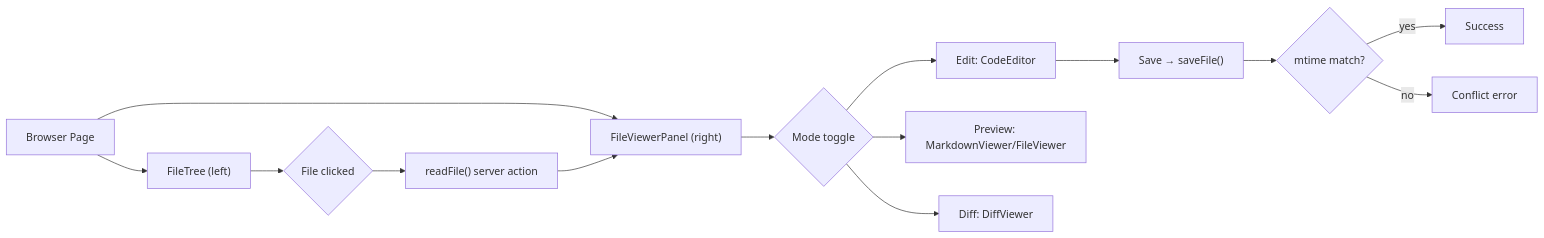
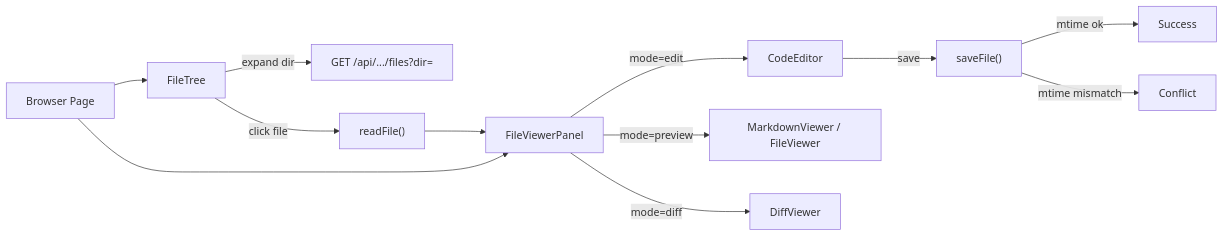
One commit to AI-Substrate/chainglass changed the second of 3 diagrams in docs/plans/041-file-browser/tasks/phase-4-file-browser/tasks.md. Above: the diagram before and after it, drawn with Mermaid. The commit also changed other lines of this file and 1 other file, not shown here.

````diff
--- a/docs/plans/041-file-browser/tasks/phase-4-file-browser/tasks.md
+++ b/docs/plans/041-file-browser/tasks/phase-4-file-browser/tasks.md
@@ -226,16 +238,14 @@
 ```mermaid
 flowchart LR
-    A["Browser Page"] --> B["FileTree (left)"]
-    A --> C["FileViewerPanel (right)"]
-    B --> D{"File clicked"}
-    D --> E["readFile() server action"]
+    A["Browser Page"] --> B["FileTree"]
+    A --> C["FileViewerPanel"]
+    B -->|"expand dir"| D["GET /api/.../files?dir="]
+    B -->|"click file"| E["readFile()"]
     E --> C
-    C --> F{"Mode toggle"}
-    F --> G["Edit: CodeEditor"]
-    F --> H["Preview: MarkdownViewer/FileViewer"]
-    F --> I["Diff: DiffViewer"]
-    G --> J["Save → saveFile()"]
-    J --> K{"mtime match?"}
-    K -->|yes| L["Success"]
-    K -->|no| M["Conflict error"]
+    C -->|"mode=edit"| F["CodeEditor"]
+    C -->|"mode=preview"| G["MarkdownViewer / FileViewer"]
+    C -->|"mode=diff"| H["DiffViewer"]
+    F -->|"save"| I["saveFile()"]
+    I -->|"mtime ok"| J["Success"]
+    I -->|"mtime mismatch"| K["Conflict"]
 ```
````
